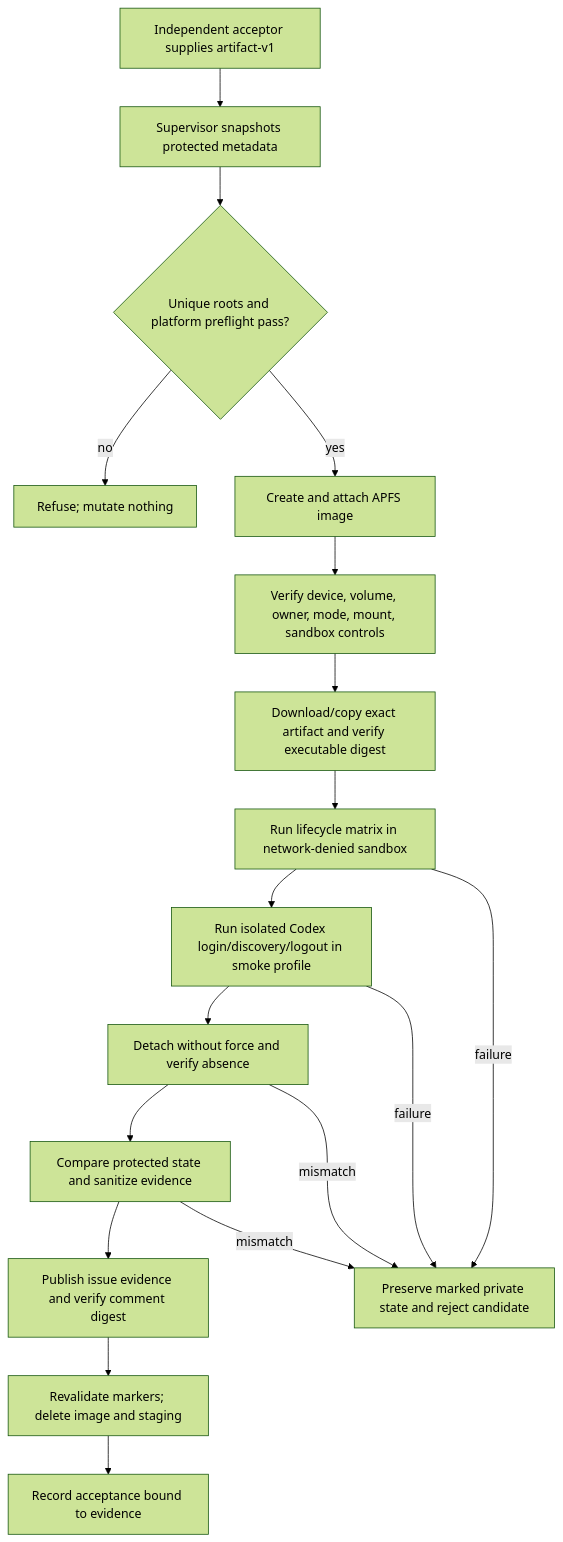
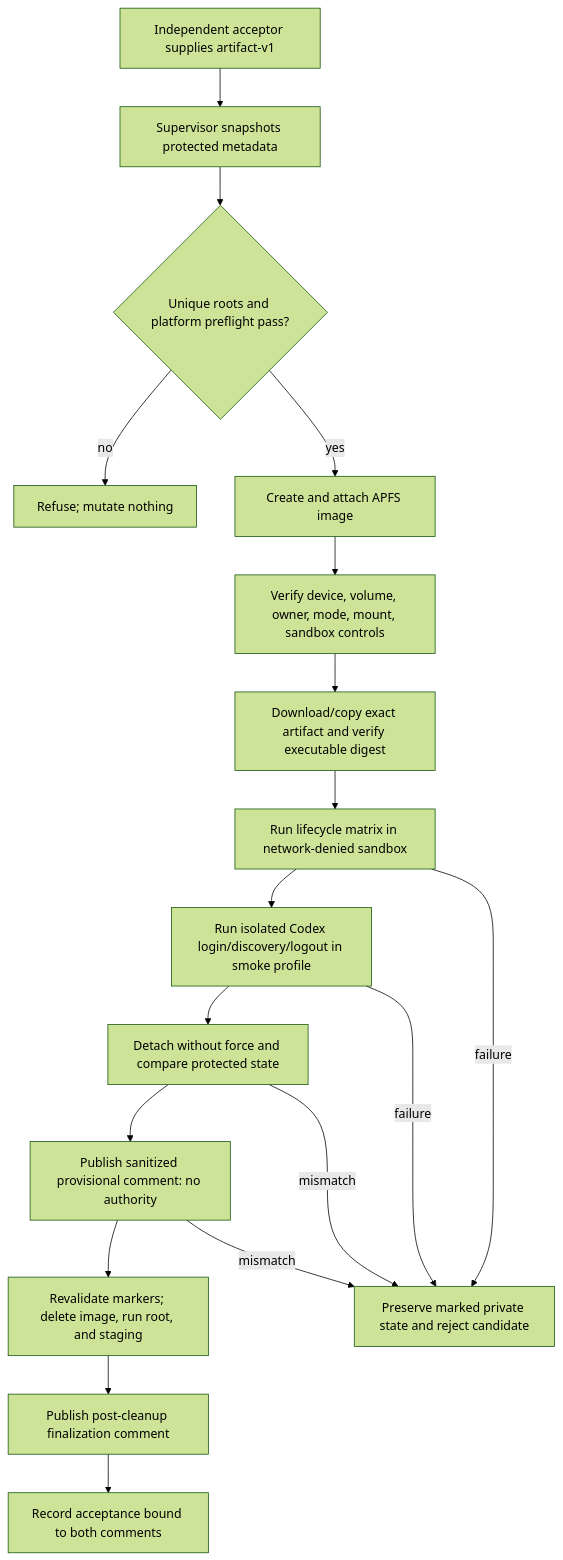
Before and after one commit to acoz-labs/my-friday: the diagram in docs/plans/4-acceptance-isolation-amendment/03-design.md, drawn with Mermaid (forest theme). The commit also changed other lines of this file and 5 other files, not shown here.

````diff
--- a/docs/plans/4-acceptance-isolation-amendment/03-design.md
+++ b/docs/plans/4-acceptance-isolation-amendment/03-design.md
@@ -5,20 +5,20 @@
 ```mermaid
 flowchart TD
   A[Independent acceptor supplies artifact-v1] --> B[Supervisor snapshots protected metadata]
   B --> C{Unique roots and platform preflight pass?}
   C -- no --> X[Refuse; mutate nothing]
   C -- yes --> D[Create and attach APFS image]
   D --> E[Verify device, volume, owner, mode, mount, sandbox controls]
   E --> F[Download/copy exact artifact and verify executable digest]
   F --> G[Run lifecycle matrix in network-denied sandbox]
   G --> H[Run isolated Codex login/discovery/logout in smoke profile]
-  H --> I[Detach without force and verify absence]
-  I --> J[Compare protected state and sanitize evidence]
-  J --> K[Publish issue evidence and verify comment digest]
-  K --> L[Revalidate markers; delete image and staging]
-  L --> M[Record acceptance bound to evidence]
+  H --> I[Detach without force and compare protected state]
+  I --> J[Publish sanitized provisional comment: no authority]
+  J --> K[Revalidate markers; delete image, run root, and staging]
+  K --> L[Publish post-cleanup finalization comment]
+  L --> M[Record acceptance bound to both comments]
   G -- failure --> N[Preserve marked private state and reject candidate]
   H -- failure --> N
   I -- mismatch --> N
   J -- mismatch --> N
 ```
````
